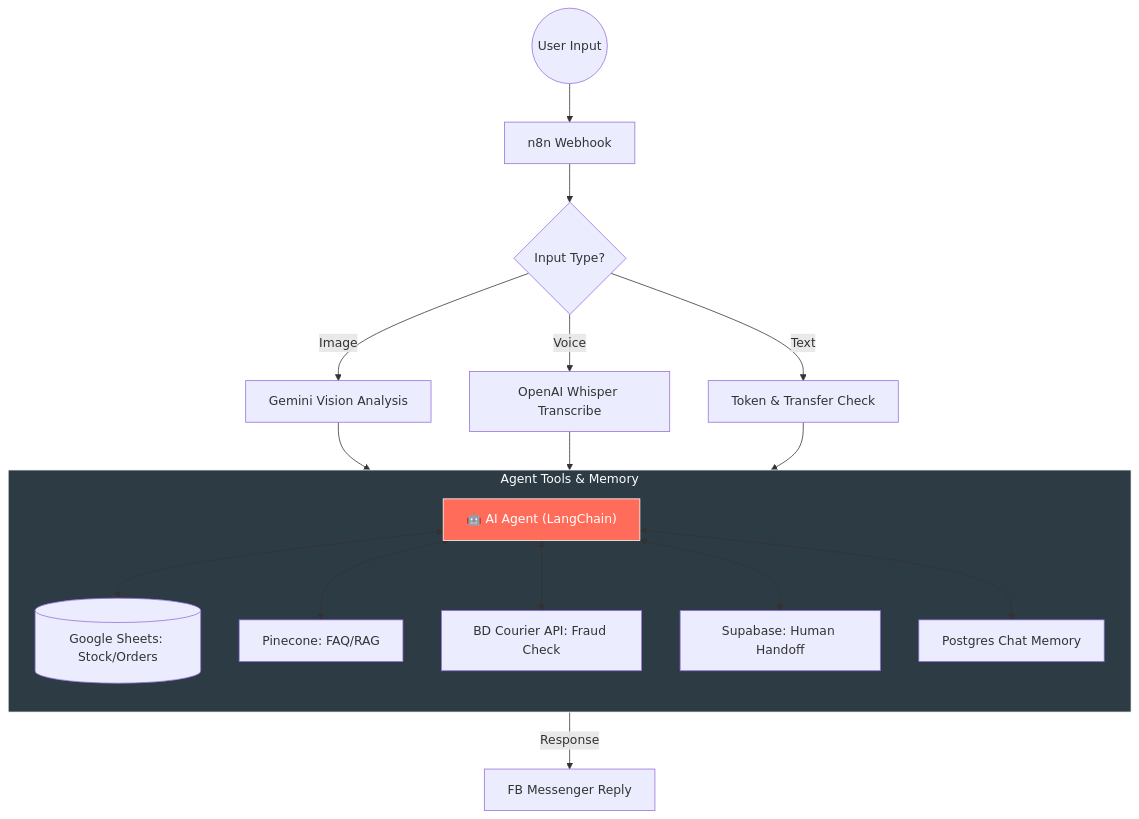
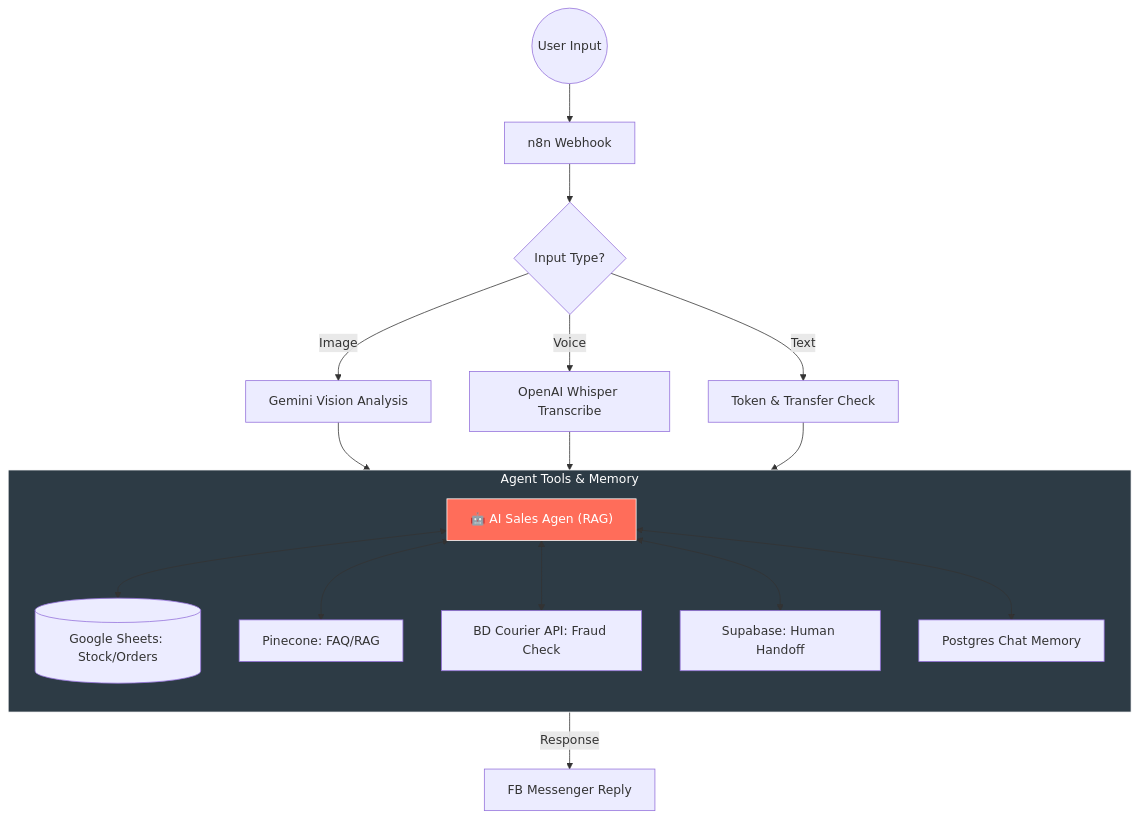
Before and after one commit to ubachan-ai/ubachan-ai: the third of 3 diagrams in README.md, drawn with Mermaid.

````diff
--- a/README.md
+++ b/README.md
@@ -92,30 +92,30 @@
 ```mermaid
 graph TD
   User((User Input)) --> Webhook[n8n Webhook]
   Webhook --> Router{Input Type?}
   
   Router -->|Image| Vision[Gemini Vision Analysis]
   Router -->|Voice| Audio[OpenAI Whisper Transcribe]
   Router -->|Text| Token[Token & Transfer Check]
   
   Vision --> Agent
   Audio --> Agent
   Token --> Agent
   
-  Agent["🤖 AI Agent (LangChain)"]
+  Agent["🤖 AI Sales Agen (RAG)"]
   
   subgraph Tools [Agent Tools & Memory]
     direction TB
     Agent <--> GSheets[("Google Sheets: Stock/Orders")]
     Agent <--> Vector[Pinecone: FAQ/RAG]
     Agent <--> History[BD Courier API: Fraud Check]
     Agent <--> Handover[Supabase: Human Handoff]
     Agent <--> Memory[Postgres Chat Memory]
   end
   
   Agent -->|Response| Messenger[FB Messenger Reply]
   
   style Agent fill:#FF6D5A,color:#fff,stroke:#fff
   style Tools fill:#2D3B45,color:#fff,stroke:#fff
 
   ```
````
